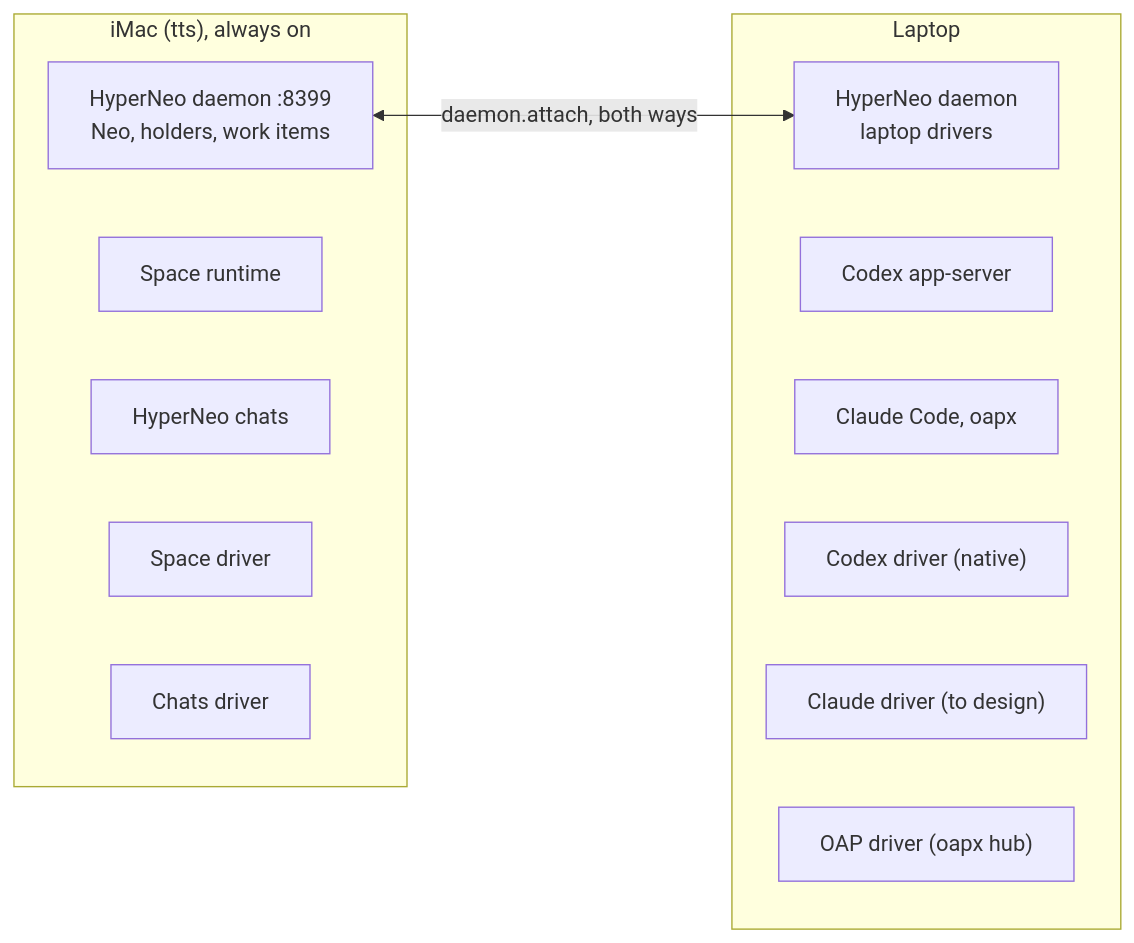
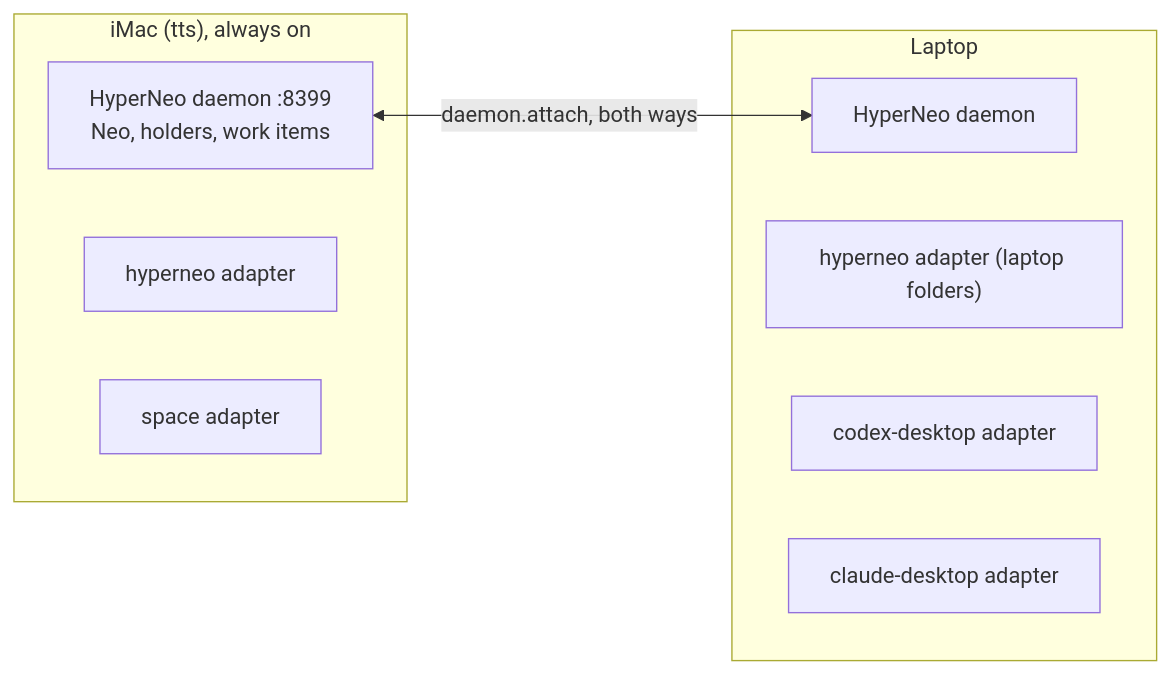
Before and after one commit to lsm/HyperNeo: diagram 11 of 11 in docs/architecture/neo-driver-model.md, drawn with Mermaid. The commit also changed other lines of this file, not shown here.

First line of the commit message:
docs: revise the Neo driver model around swappable adapters

````diff
--- a/docs/architecture/neo-driver-model.md
+++ b/docs/architecture/neo-driver-model.md
@@ -335,19 +418,15 @@
 ```mermaid
 flowchart LR
   subgraph iMac["iMac (tts), always on"]
     HD["HyperNeo daemon :8399<br/>Neo, holders, work items"]
-    SR["Space runtime"]
-    HC["HyperNeo chats"]
-    SD["Space driver"]
-    CD["Chats driver"]
+    HA["hyperneo adapter"]
+    SA["space adapter"]
   end
   subgraph Laptop["Laptop"]
-    LD["HyperNeo daemon<br/>laptop drivers"]
-    CX["Codex app-server"]
-    CC["Claude Code, oapx"]
-    XD["Codex driver (native)"]
-    QD["Claude driver (to design)"]
-    OD["OAP driver (oapx hub)"]
+    LD["HyperNeo daemon"]
+    LH["hyperneo adapter (laptop folders)"]
+    CX["codex-desktop adapter"]
+    CC["claude-desktop adapter"]
   end
   HD <-- "daemon.attach, both ways" --> LD
 ```
````
